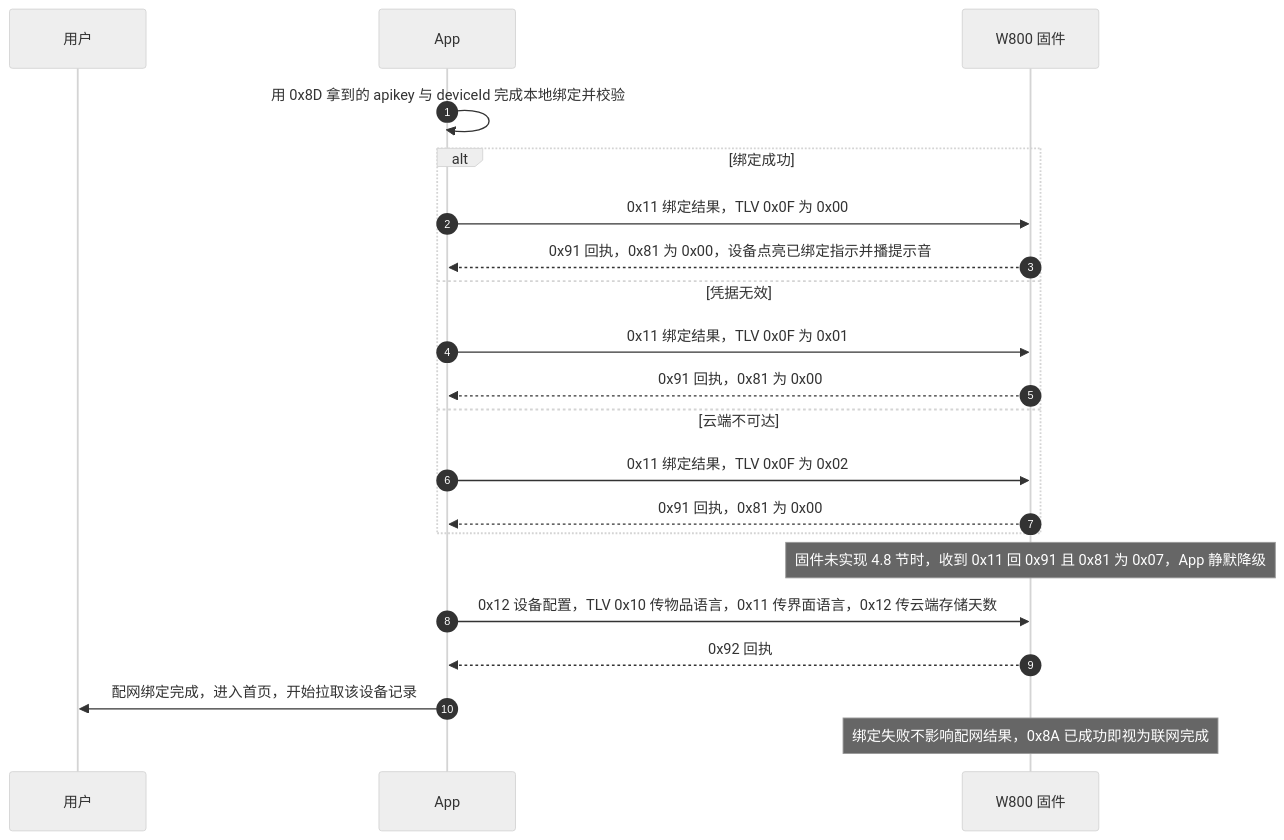
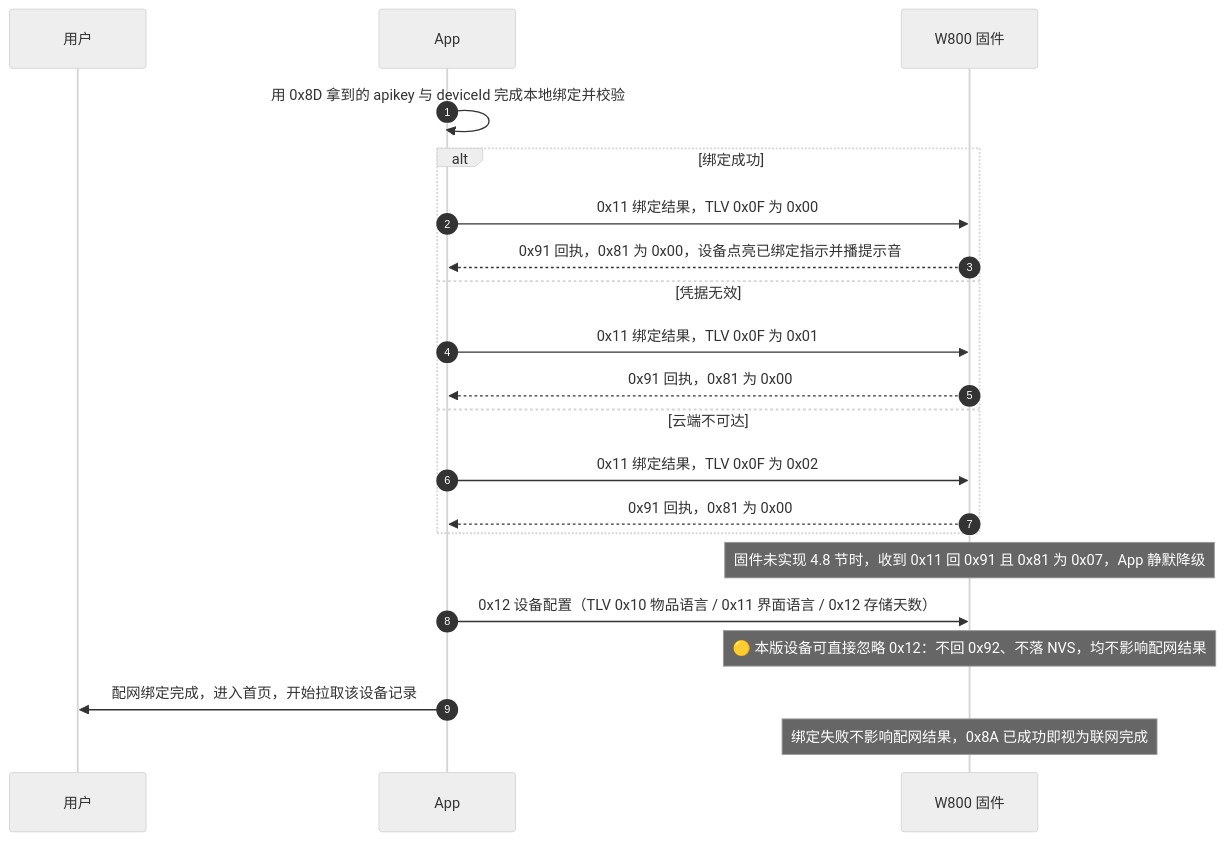
Before and after one commit to Hyman8808/shareable-code-repo: the third of 3 diagrams in docs/WM_W800_BleWiFi蓝牙配网协议_V1.2_图灵扩展修订版.md, drawn with Mermaid (neutral theme). The commit also changed other lines of this file and 109 other files, not shown here.

````diff
--- a/docs/WM_W800_BleWiFi蓝牙配网协议_V1.2_图灵扩展修订版.md
+++ b/docs/WM_W800_BleWiFi蓝牙配网协议_V1.2_图灵扩展修订版.md
@@ -135,24 +135,24 @@
 ```mermaid
 sequenceDiagram
     autonumber
     participant U as 用户
     participant A as App
     participant W as W800 固件
 
     A->>A: 用 0x8D 拿到的 apikey 与 deviceId 完成本地绑定并校验
     alt 绑定成功
         A->>W: 0x11 绑定结果，TLV 0x0F 为 0x00
         W-->>A: 0x91 回执，0x81 为 0x00，设备点亮已绑定指示并播提示音
     else 凭据无效
         A->>W: 0x11 绑定结果，TLV 0x0F 为 0x01
         W-->>A: 0x91 回执，0x81 为 0x00
     else 云端不可达
         A->>W: 0x11 绑定结果，TLV 0x0F 为 0x02
         W-->>A: 0x91 回执，0x81 为 0x00
     end
     Note over W: 固件未实现 4.8 节时，收到 0x11 回 0x91 且 0x81 为 0x07，App 静默降级
-    A->>W: 0x12 设备配置，TLV 0x10 传物品语言，0x11 传界面语言，0x12 传云端存储天数
-    W-->>A: 0x92 回执
+    A->>W: 0x12 设备配置（TLV 0x10 物品语言 / 0x11 界面语言 / 0x12 存储天数）
+    Note over W: 🟡 本版设备可直接忽略 0x12：不回 0x92、不落 NVS，均不影响配网结果
     A->>U: 配网绑定完成，进入首页，开始拉取该设备记录
     Note over W: 绑定失败不影响配网结果，0x8A 已成功即视为联网完成
 ```
````
